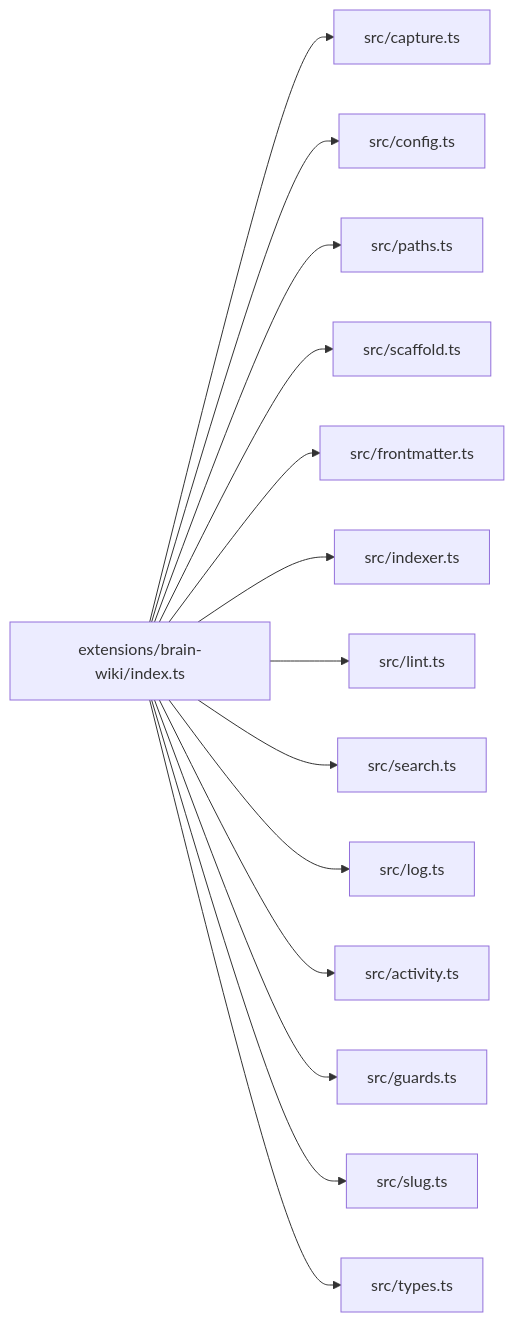
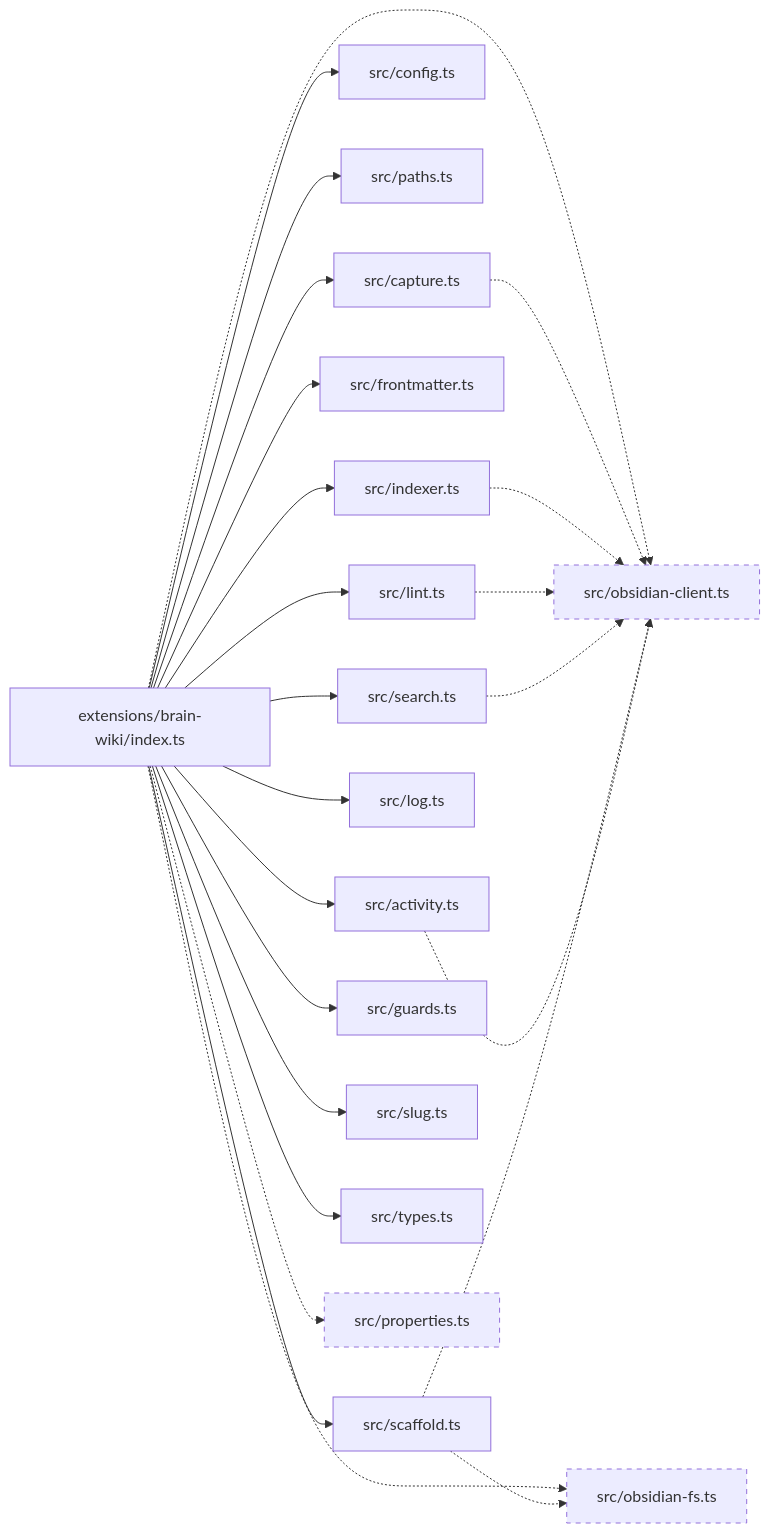
One commit to zhazhazuo/pi-brain-wiki changed the diagram in docs/01_maps/module_map.md. Above: the diagram before and after it, drawn with Mermaid. The commit also changed other lines of this file and 5 other files, not shown here.

````diff
--- a/docs/01_maps/module_map.md
+++ b/docs/01_maps/module_map.md
@@ -3,31 +3,44 @@
 ```mermaid
 flowchart LR
   Index[extensions/brain-wiki/index.ts]
   Capture[src/capture.ts]
   Config[src/config.ts]
   Paths[src/paths.ts]
   Scaffold[src/scaffold.ts]
   Fm[src/frontmatter.ts]
   Indexer[src/indexer.ts]
   Lint[src/lint.ts]
   Search[src/search.ts]
   Log[src/log.ts]
   Activity[src/activity.ts]
   Guards[src/guards.ts]
   Slug[src/slug.ts]
   Types[src/types.ts]
 
   Index --> Capture
   Index --> Config
   Index --> Paths
   Index --> Scaffold
   Index --> Fm
   Index --> Indexer
   Index --> Lint
   Index --> Search
   Index --> Log
   Index --> Activity
   Index --> Guards
   Index --> Slug
   Index --> Types
+  Index -.-> ObsidianClient[src/obsidian-client.ts]
+  Index -.-> ObsidianFs[src/obsidian-fs.ts]
+  Index -.-> Properties[src/properties.ts]
+  Capture -.-> ObsidianClient
+  Indexer -.-> ObsidianClient
+  Lint -.-> ObsidianClient
+  Search -.-> ObsidianClient
+  Scaffold -.-> ObsidianFs
+  Scaffold -.-> ObsidianClient
+  Activity -.-> ObsidianClient
+
+  classDef new stroke-dasharray: 5 5
+  class ObsidianClient,ObsidianFs,Properties new
 ```
````
